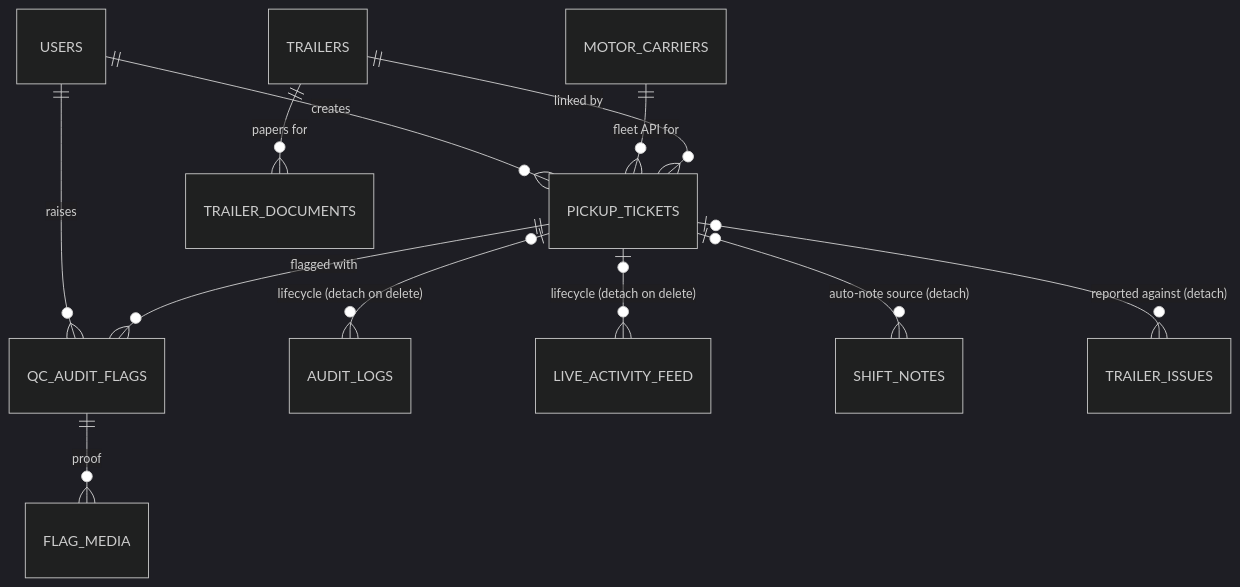
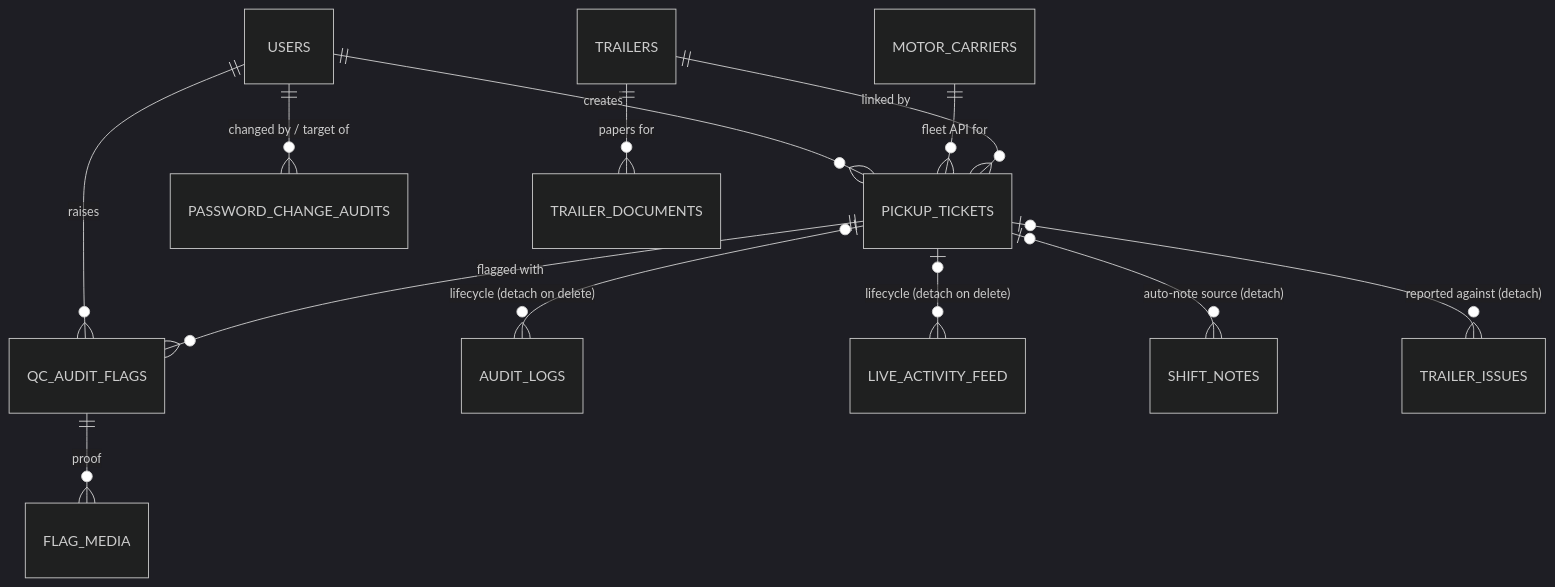
Before and after one commit to C9AK/TrailerCheck: the first of 7 diagrams in ARCHITECTURE.md, drawn with Mermaid (dark theme). The commit also changed other lines of this file and 24 other files, not shown here.

````diff
--- a/ARCHITECTURE.md
+++ b/ARCHITECTURE.md
@@ -643,14 +739,15 @@
 ```mermaid
 erDiagram
     USERS ||--o{ PICKUP_TICKETS : creates
     USERS ||--o{ QC_AUDIT_FLAGS : raises
+    USERS ||--o{ PASSWORD_CHANGE_AUDITS : "changed by / target of"
     MOTOR_CARRIERS ||--o{ PICKUP_TICKETS : "fleet API for"
     TRAILERS ||--o{ PICKUP_TICKETS : "linked by"
     TRAILERS ||--o{ TRAILER_DOCUMENTS : "papers for"
     PICKUP_TICKETS ||--o{ QC_AUDIT_FLAGS : "flagged with"
     QC_AUDIT_FLAGS ||--o{ FLAG_MEDIA : "proof"
     PICKUP_TICKETS |o--o{ AUDIT_LOGS : "lifecycle (detach on delete)"
     PICKUP_TICKETS |o--o{ LIVE_ACTIVITY_FEED : "lifecycle (detach on delete)"
     PICKUP_TICKETS |o--o{ SHIFT_NOTES : "auto-note source (detach)"
     PICKUP_TICKETS |o--o{ TRAILER_ISSUES : "reported against (detach)"
 ```
````
